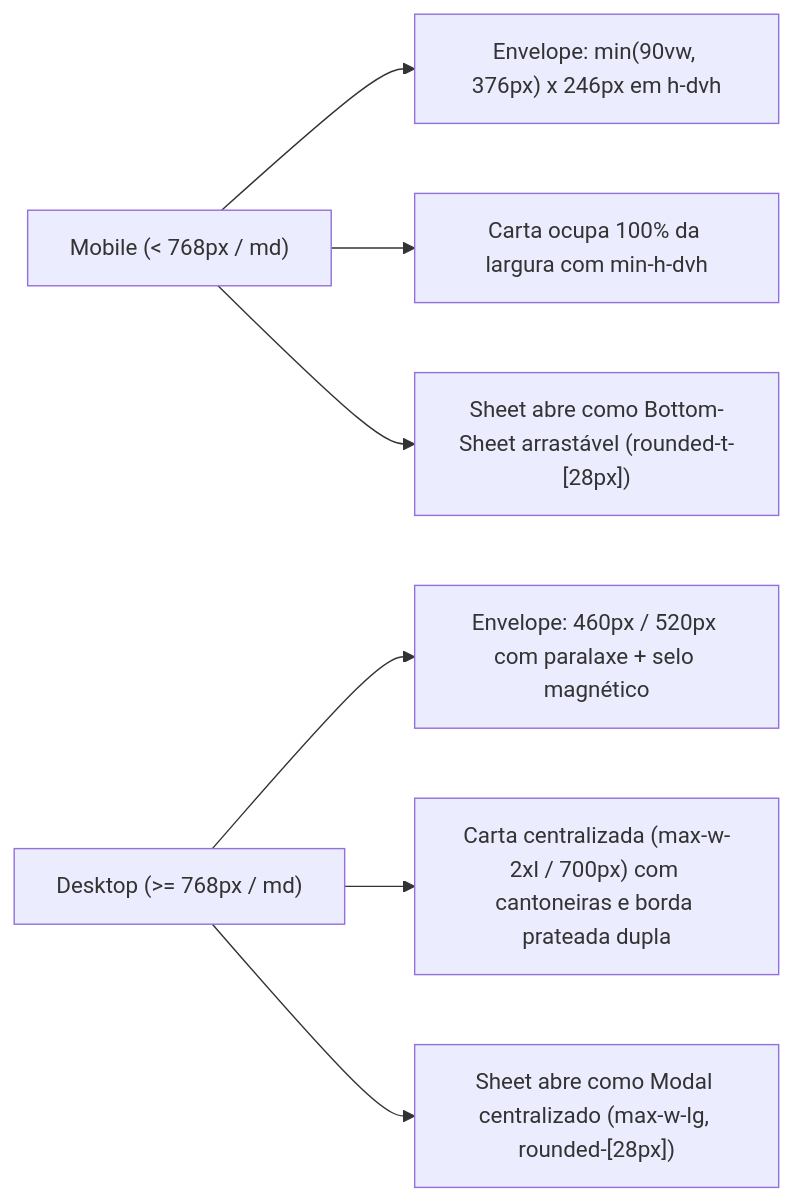
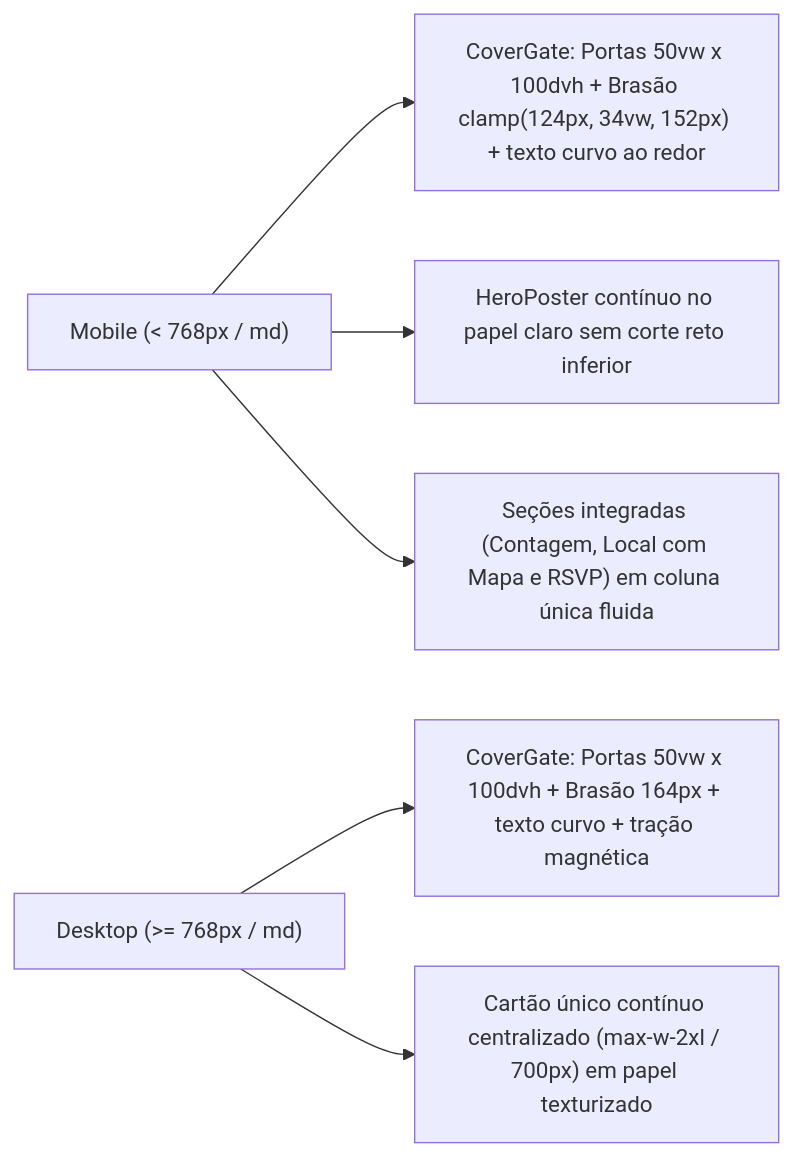
One commit to gomeslxy/carol-convite changed the diagram in Docs/03-design-system-e-responsividade.md. Above: the diagram before and after it, drawn with Mermaid. The commit also changed other lines of this file and 40 other files, not shown here.

````diff
--- a/Docs/03-design-system-e-responsividade.md
+++ b/Docs/03-design-system-e-responsividade.md
@@ -87,9 +63,8 @@
 ```mermaid
 flowchart LR
-    M["Mobile (< 768px / md)"] --> M1["Envelope: min(90vw, 376px) x 246px em h-dvh"]
-    M --> M2["Carta ocupa 100% da largura com min-h-dvh"]
-    M --> M3["Sheet abre como Bottom-Sheet arrastável (rounded-t-[28px])"]
-    D["Desktop (>= 768px / md)"] --> D1["Envelope: 460px / 520px com paralaxe + selo magnético"]
-    D --> D2["Carta centralizada (max-w-2xl / 700px) com cantoneiras e borda prateada dupla"]
-    D --> D3["Sheet abre como Modal centralizado (max-w-lg, rounded-[28px])"]
+    M["Mobile (< 768px / md)"] --> M1["CoverGate: Portas 50vw x 100dvh + Brasão clamp(124px, 34vw, 152px) + texto curvo ao redor"]
+    M --> M2["HeroPoster contínuo no papel claro sem corte reto inferior"]
+    M --> M3["Seções integradas (Contagem, Local com Mapa e RSVP) em coluna única fluida"]
+    D["Desktop (>= 768px / md)"] --> D1["CoverGate: Portas 50vw x 100dvh + Brasão 164px + texto curvo + tração magnética"]
+    D --> D2["Cartão único contínuo centralizado (max-w-2xl / 700px) em papel texturizado"]
 ```
````
